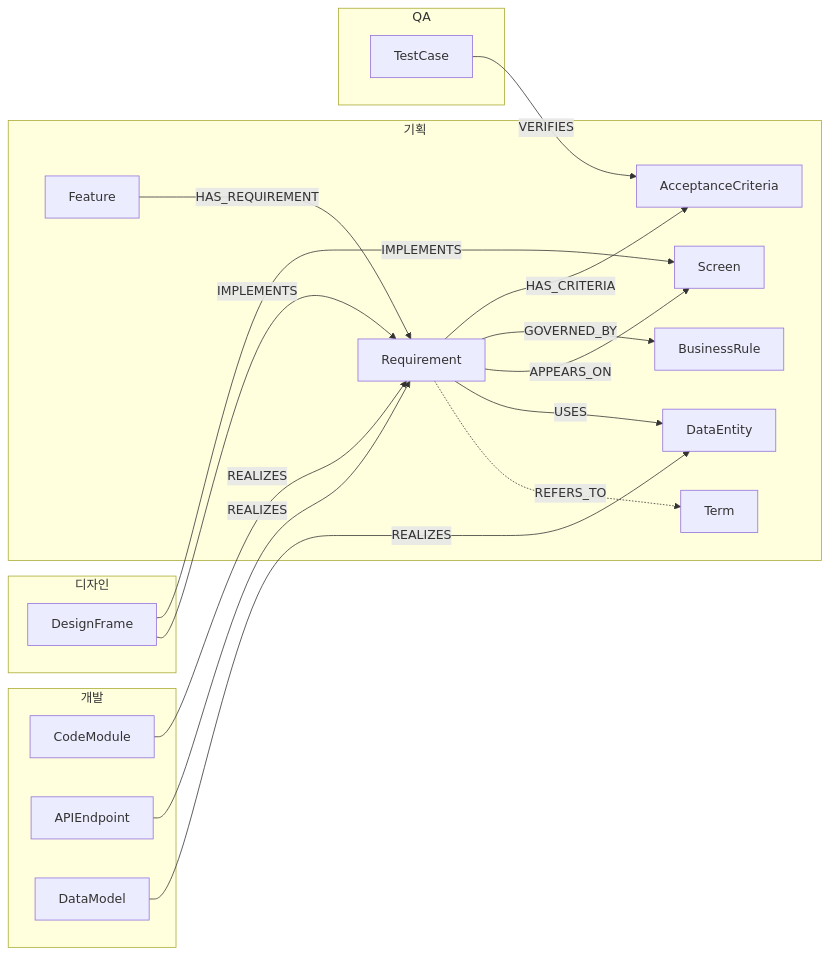
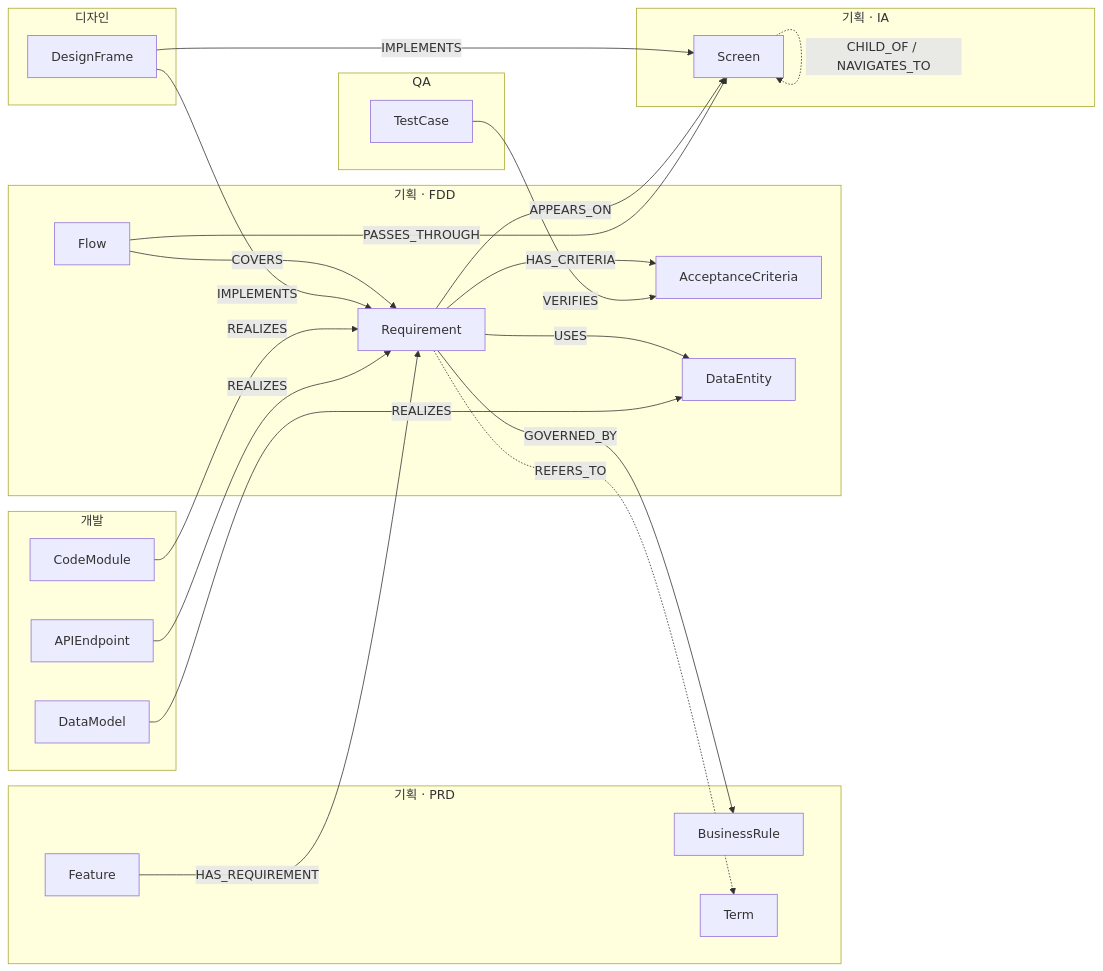
One commit to Kinmann/ProductDesign changed the third of 8 diagrams in PRD_ai-native-pipeline.md. Above: the diagram before and after it, drawn with Mermaid. The commit also changed other lines of this file, not shown here.

First line of the commit message:
Split planning artifacts into PRD, FDD, and IA stages (v0.2)

````diff
--- a/PRD_ai-native-pipeline.md
+++ b/PRD_ai-native-pipeline.md
@@ -313,36 +332,44 @@
 ```mermaid
 flowchart LR
-    subgraph SPEC["기획"]
+    subgraph PRD["기획 · PRD"]
         FEAT["Feature"]
+        RULE["BusinessRule"]
+        TERM["Term"]
+    end
+    subgraph FDD["기획 · FDD"]
         REQ["Requirement"]
         AC["AcceptanceCriteria"]
-        RULE["BusinessRule"]
+        FLOW["Flow"]
+        DATA["DataEntity"]
+    end
+    subgraph IA["기획 · IA"]
         SCR["Screen"]
-        DATA["DataEntity"]
-        TERM["Term"]
     end
     subgraph DSG["디자인"]
         DSN["DesignFrame"]
     end
     subgraph DV["개발"]
         CODE["CodeModule"]
         API["APIEndpoint"]
         MDL["DataModel"]
     end
     subgraph Q["QA"]
         TC["TestCase"]
     end
 
     FEAT -->|HAS_REQUIREMENT| REQ
     REQ -->|HAS_CRITERIA| AC
     REQ -->|GOVERNED_BY| RULE
     REQ -->|APPEARS_ON| SCR
     REQ -->|USES| DATA
     REQ -.->|REFERS_TO| TERM
+    FLOW -->|COVERS| REQ
+    FLOW -->|PASSES_THROUGH| SCR
+    SCR -.->|CHILD_OF / NAVIGATES_TO| SCR
     DSN -->|IMPLEMENTS| SCR
     DSN -->|IMPLEMENTS| REQ
     CODE -->|REALIZES| REQ
     API -->|REALIZES| REQ
     MDL -->|REALIZES| DATA
     TC -->|VERIFIES| AC
 ```
````
